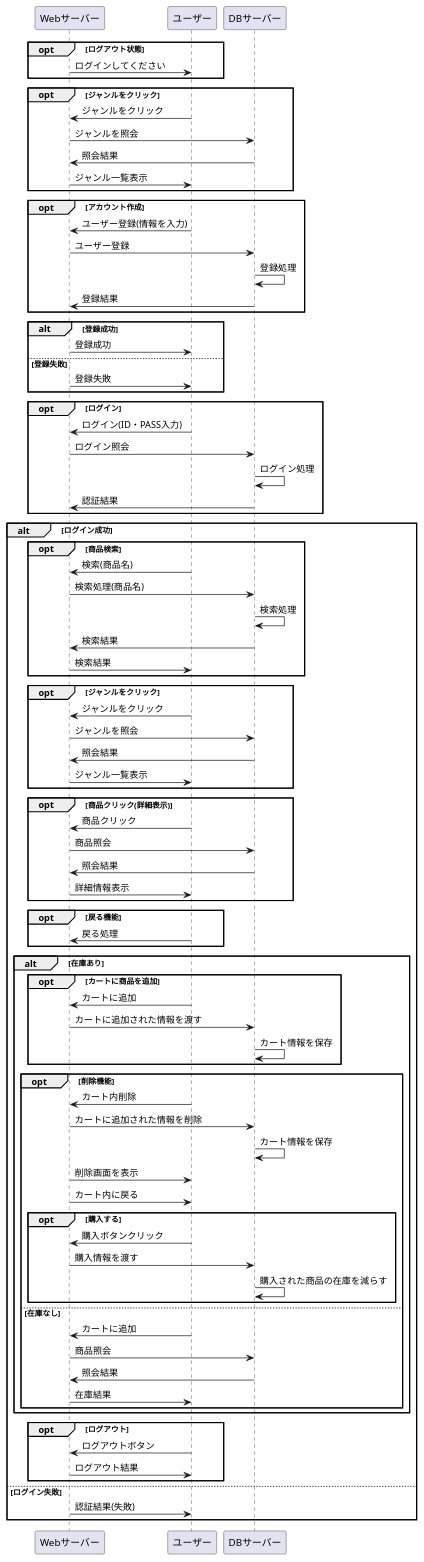
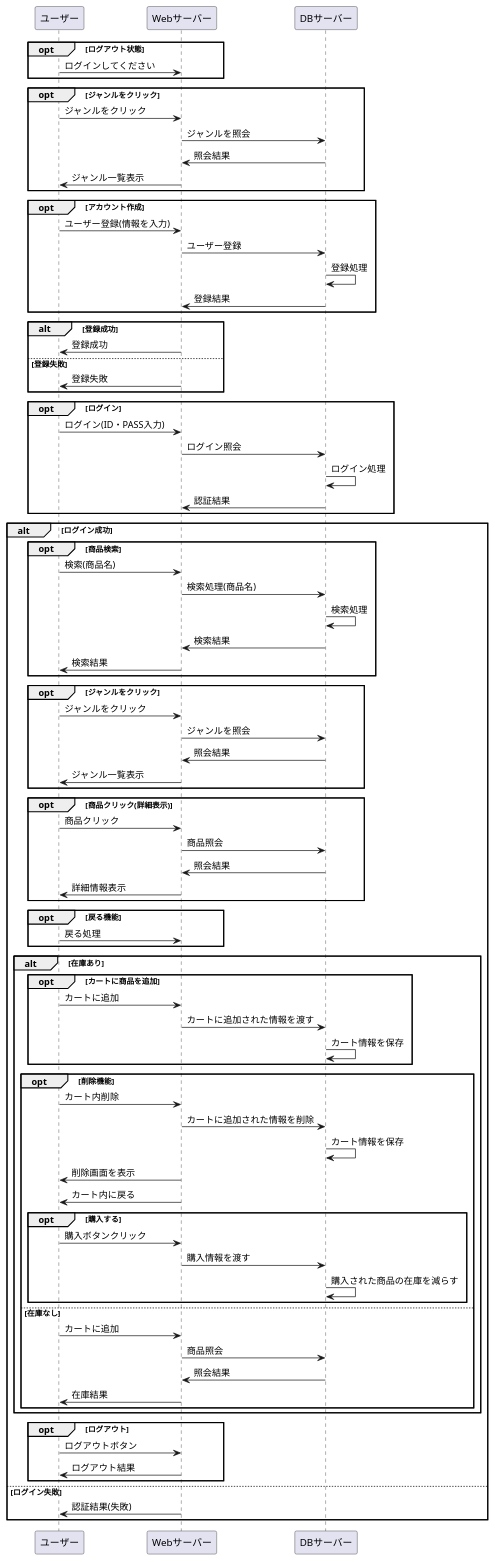
Before and after one commit to Aso2001184/2021sys-design: the diagram in あの消し.業務フロー.md, drawn with PlantUML.

````diff
--- a/あの消し.業務フロー.md
+++ b/あの消し.業務フロー.md
@@ -1,7 +1,7 @@
 ```uml
 @startuml
 opt ログアウト状態
-Webサーバー -> ユーザー : ログインしてください
+ユーザー -> Webサーバー : ログインしてください
 end
 
 opt ジャンルをクリック
````
